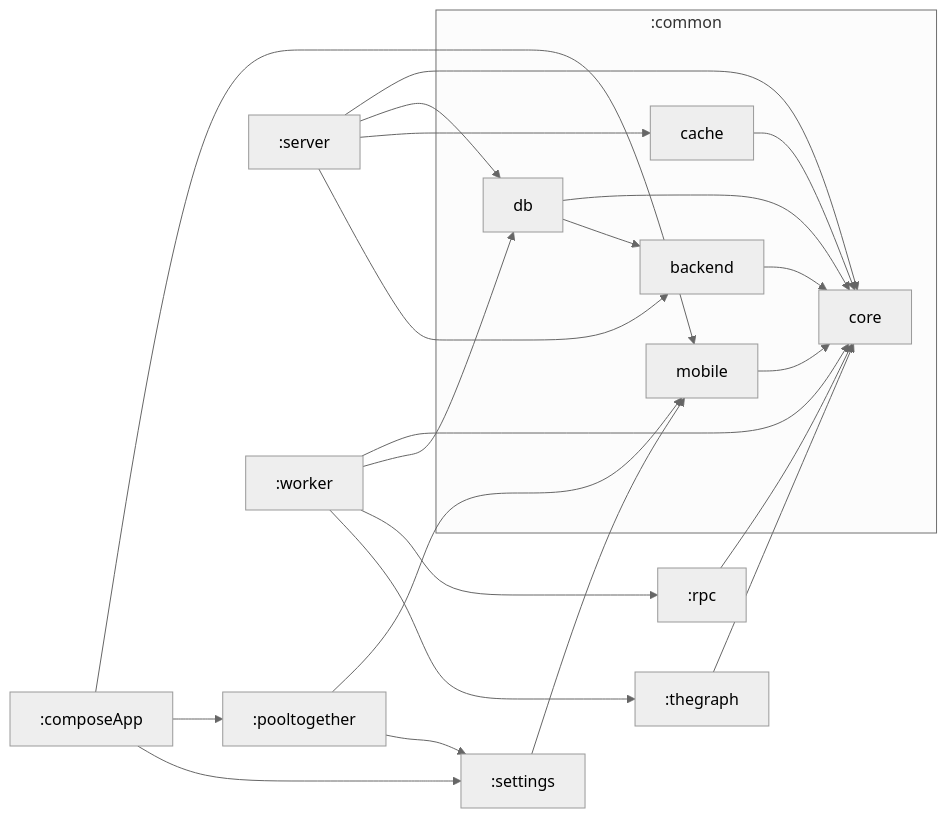
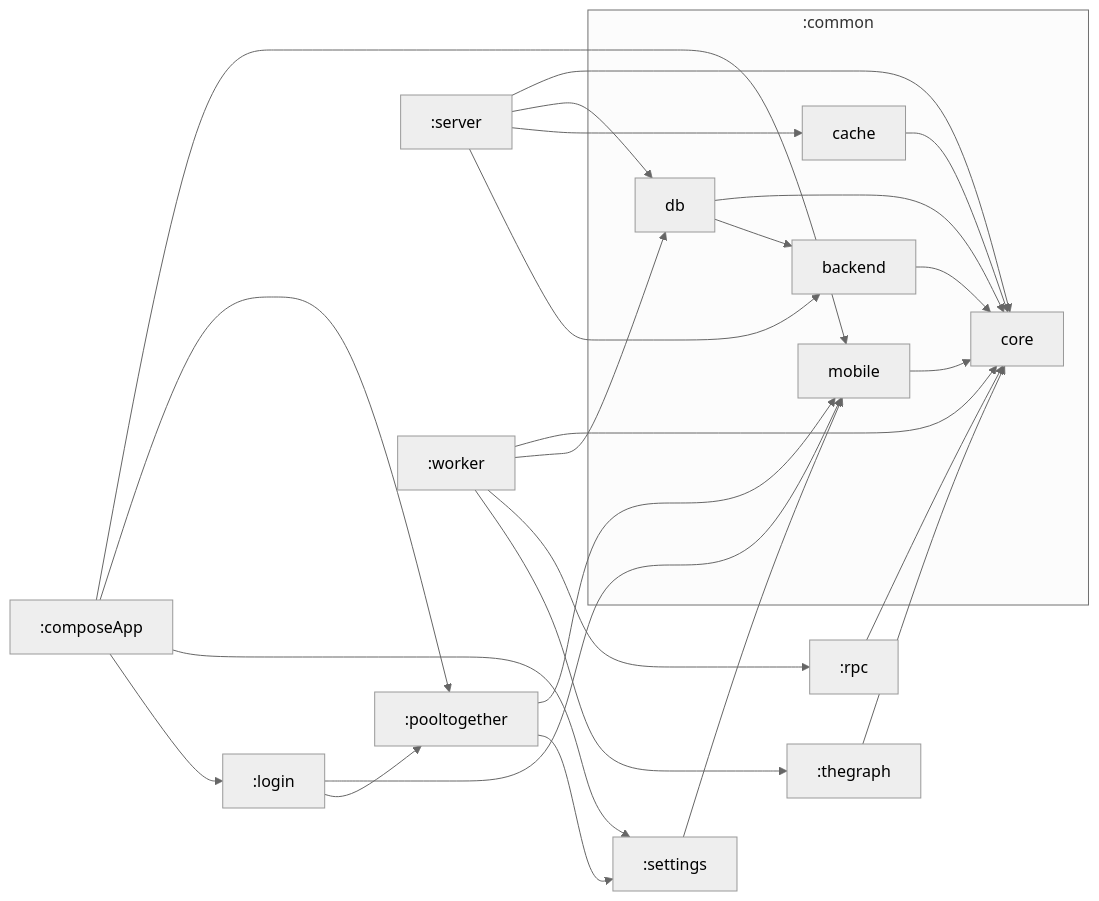
The second of 2 diagrams in README.md (octogene/pooly), drawn with Mermaid before and after one commit. The commit also changed other lines of this file, not shown here.

````diff
--- a/README.md
+++ b/README.md
@@ -126,37 +131,40 @@
 ```mermaid
 %%{
   init: {
     'theme': 'neutral'
   }
 }%%
 
 graph LR
   subgraph :common
     :common:db["db"]
     :common:core["core"]
     :common:backend["backend"]
     :common:mobile["mobile"]
     :common:cache["cache"]
   end
   :common:db --> :common:core
   :common:db --> :common:backend
+  :login --> :common:mobile
+  :login --> :pooltogether
   :thegraph --> :common:core
   :rpc --> :common:core
   :settings --> :common:mobile
   :common:mobile --> :common:core
   :composeApp --> :common:mobile
   :composeApp --> :pooltogether
   :composeApp --> :settings
+  :composeApp --> :login
   :pooltogether --> :common:mobile
   :pooltogether --> :settings
   :server --> :common:core
   :server --> :common:db
   :server --> :common:cache
   :server --> :common:backend
   :common:backend --> :common:core
   :common:cache --> :common:core
   :worker --> :common:core
   :worker --> :common:db
   :worker --> :rpc
   :worker --> :thegraph
 ```
````
